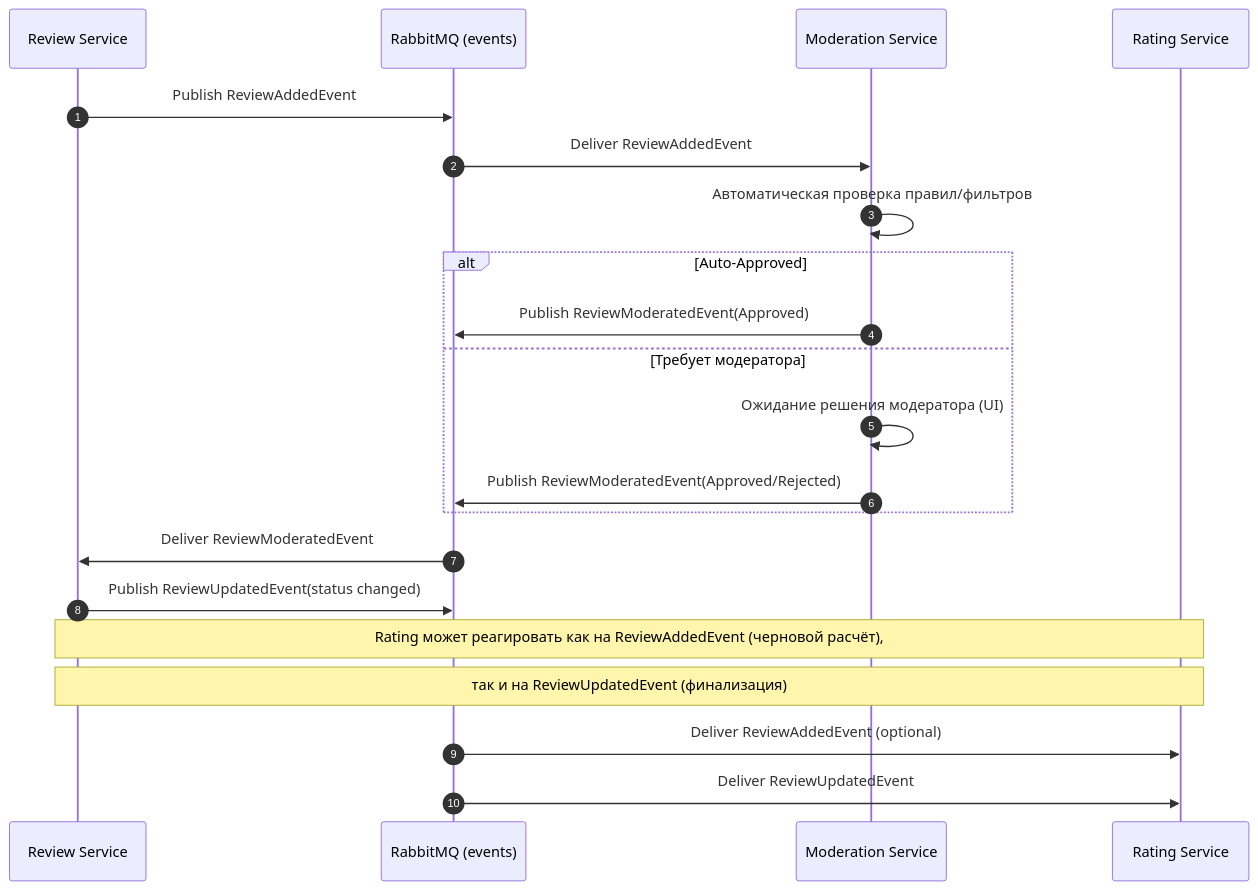
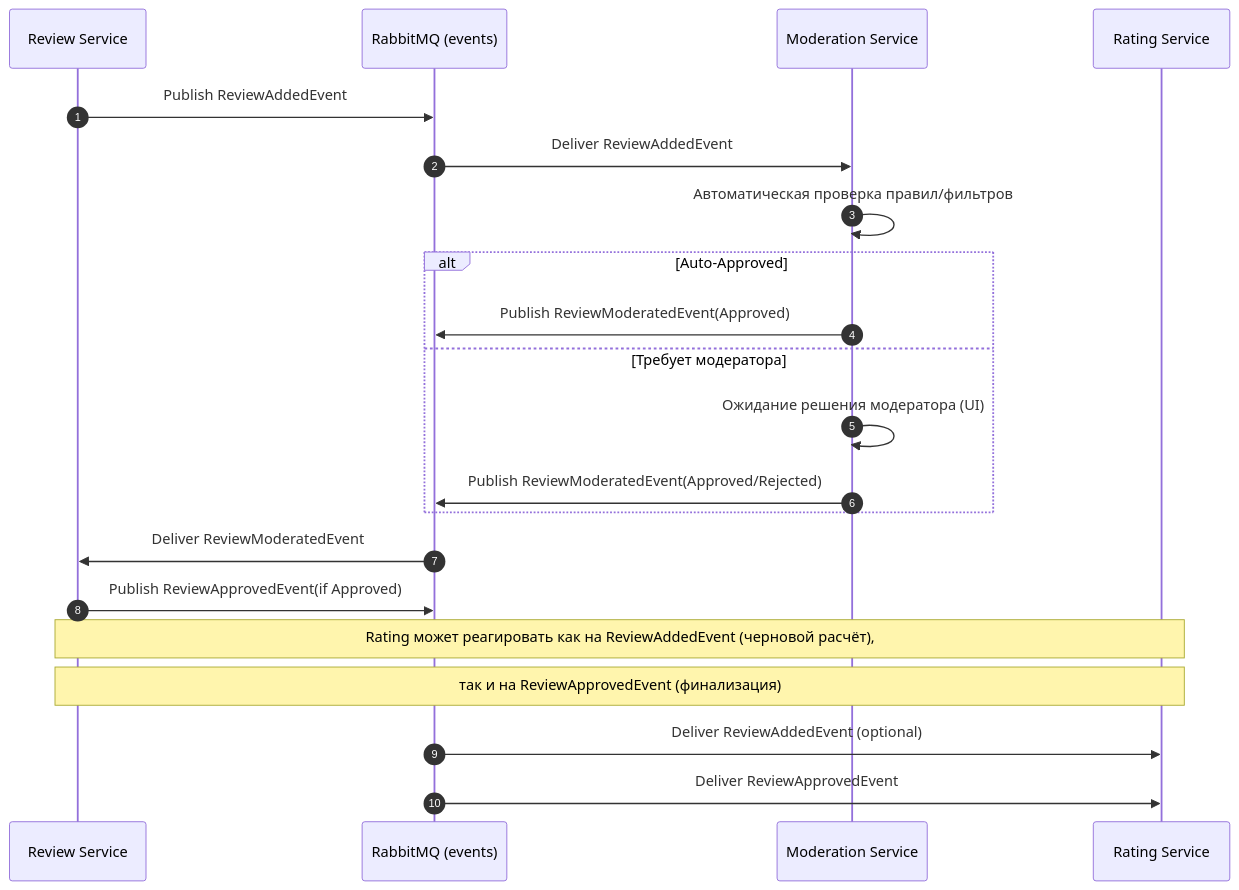
The second of 2 diagrams in docs/services/ModerationService.md (bagermoon/otuscode), drawn with Mermaid before and after one commit. The commit also changed other lines of this file and 8 other files, not shown here.

Commit message:
feat(review): replace ReviewUpdatedEvent with ReviewApprovedEvent

````diff
--- a/docs/services/ModerationService.md
+++ b/docs/services/ModerationService.md
@@ -123,27 +123,27 @@
 ```mermaid
 sequenceDiagram
     autonumber
     participant RS as Review Service
     participant MQ as RabbitMQ (events)
     participant MS as Moderation Service
     participant RT as Rating Service
 
     RS->>MQ: Publish ReviewAddedEvent
     MQ->>MS: Deliver ReviewAddedEvent
     MS->>MS: Автоматическая проверка правил/фильтров
     alt Auto-Approved
         MS->>MQ: Publish ReviewModeratedEvent(Approved)
     else Требует модератора
         MS->>MS: Ожидание решения модератора (UI)
         MS->>MQ: Publish ReviewModeratedEvent(Approved/Rejected)
     end
 
     MQ->>RS: Deliver ReviewModeratedEvent
-    RS->>MQ: Publish ReviewUpdatedEvent(status changed)
+    RS->>MQ: Publish ReviewApprovedEvent(if Approved)
 
     note over RS,RT: Rating может реагировать как на ReviewAddedEvent (черновой расчёт),
-    note over RS,RT: так и на ReviewUpdatedEvent (финализация)
+    note over RS,RT: так и на ReviewApprovedEvent (финализация)
 
     MQ->>RT: Deliver ReviewAddedEvent (optional)
-    MQ->>RT: Deliver ReviewUpdatedEvent
+    MQ->>RT: Deliver ReviewApprovedEvent
 ```
````
